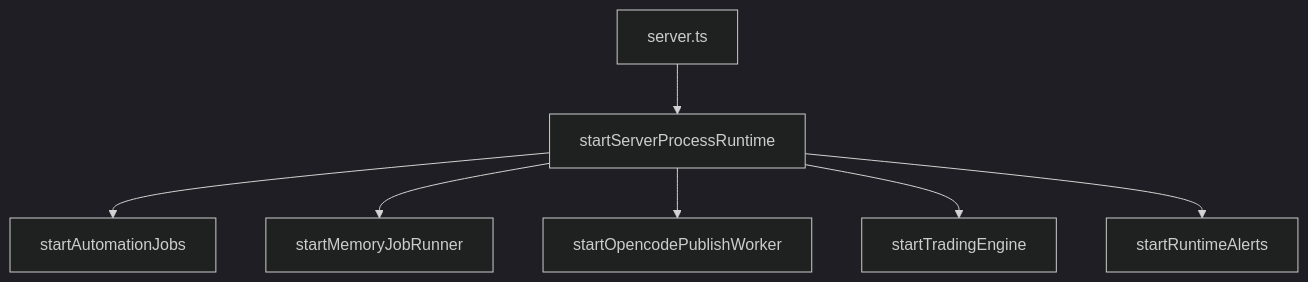
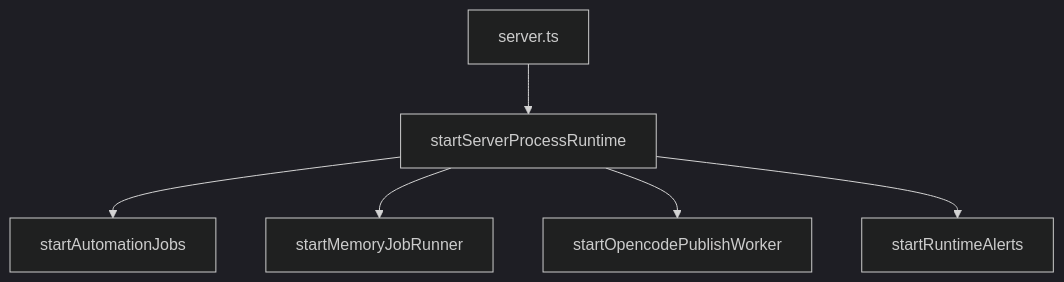
The first of 3 diagrams in docs/ARCHITECTURE_INDEX.md (team-muel/discord-news-bot), drawn with Mermaid (dark theme) before and after one commit. The commit also changed other lines of this file and 97 other files, not shown here.

First line of the commit message:
Harden runtime surfaces and retire legacy trading flows

````diff
--- a/docs/ARCHITECTURE_INDEX.md
+++ b/docs/ARCHITECTURE_INDEX.md
@@ -338,9 +338,8 @@
 ```mermaid
 flowchart TD
   A[server.ts] --> B[startServerProcessRuntime]
   B --> C[startAutomationJobs]
   B --> D[startMemoryJobRunner]
   B --> E[startOpencodePublishWorker]
-  B --> F[startTradingEngine]
   B --> G[startRuntimeAlerts]
 ```
````
